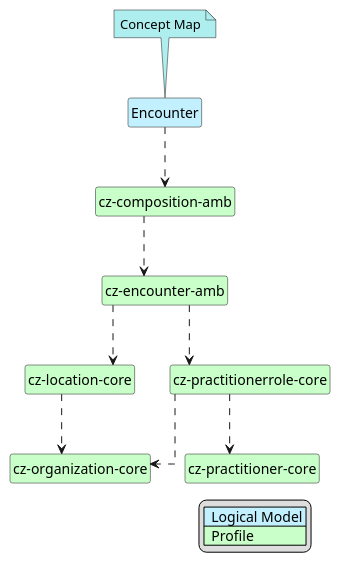
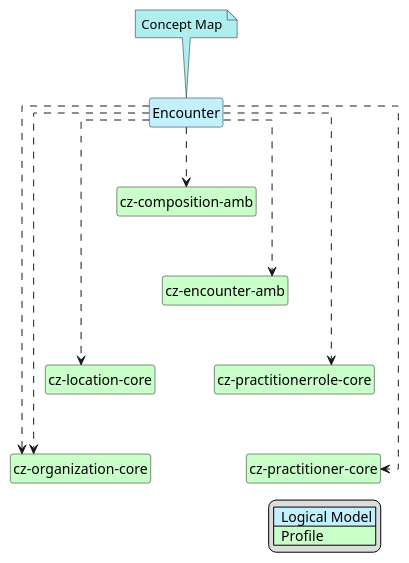
Before and after one commit to HL7-cz/amb: the diagram in input/images-source/encounter-map.plantuml, drawn with PlantUML. The commit also changed 13 other files, not shown here.

```diff
--- a/input/images-source/encounter-map.plantuml
+++ b/input/images-source/encounter-map.plantuml
@@ -1,54 +1,53 @@
 @startuml Encounter-map
 hide circle
 hide stereotype
 hide members
 hide methods
 
 skinparam linetype ortho
 skinparam class {
   BackgroundColor<<LogicalModel>> #APPLICATION
   BackgroundColor<<Profile>> #TECHNOLOGY
 }
 
 legend right
 | <#APPLICATION>  Logical Model |
 | <#TECHNOLOGY>  Profile |
 endlegend
 
 ' --- Source logical model (ConceptMap.group.source)
 class "Encounter" <<LogicalModel>> [[StructureDefinition-logEncounterCz.html]]
 
 note top #PaleTurquoise [[ConceptMap-encounter2FHIR-cz-amb.html]]
 Concept Map
 endnote
 
 ' --- Targets (ConceptMap.group.target)
 class "cz-composition-amb" <<Profile>> [[StructureDefinition-cz-composition-amb.html]]
 class "cz-encounter-amb" <<Profile>> [[StructureDefinition-cz-encounter-amb.html]]
 
 class "cz-practitionerrole-core" <<Profile>> [[https://hl7.cz/fhir/cz-core/StructureDefinition/cz-practitionerrole-core.html]]
 class "cz-organization-core" <<Profile>> [[https://hl7.cz/fhir/cz-core/StructureDefinition/cz-organization-core.html]]
 class "cz-location-core" <<Profile>> [[https://hl7.cz/fhir/cz-core/StructureDefinition/cz-location-core.html]]
 class "cz-practitioner-core" <<Profile>> [[https://hl7.cz/fhir/cz-core/StructureDefinition/cz-practitioner-core.html]]
 
 ' --- Mappings per groups
 "Encounter" ..> "cz-composition-amb"
-"cz-composition-amb" ..> "cz-encounter-amb"
-"cz-encounter-amb" ..> "cz-location-core"
+"Encounter" ..> "cz-encounter-amb"
+"Encounter" ..> "cz-location-core"
 
-"cz-encounter-amb" ..> "cz-practitionerrole-core"
-"cz-practitionerrole-core" ..> "cz-organization-core"
-"cz-practitionerrole-core" ..> "cz-practitioner-core"
+"Encounter" ..> "cz-practitionerrole-core"
+"Encounter" ..> "cz-organization-core"
+"Encounter" ..> "cz-practitioner-core"
 
-"cz-location-core" ..> "cz-organization-core"
+"Encounter"..> "cz-organization-core"
 
 ' --- Layout helpers (optional)
 "cz-composition-amb" -d[hidden]-> "cz-encounter-amb"
 "cz-encounter-amb" -d[hidden]-> "cz-practitionerrole-core"
 "cz-practitionerrole-core" -d[hidden]-> "cz-practitioner-core"
 "cz-practitionerrole-core" -d[hidden]-> "cz-organization-core"
-
 "cz-encounter-amb" -d[hidden]-> "cz-location-core"
 "cz-location-core" -d[hidden]-> "cz-organization-core"
 
 @enduml
```
